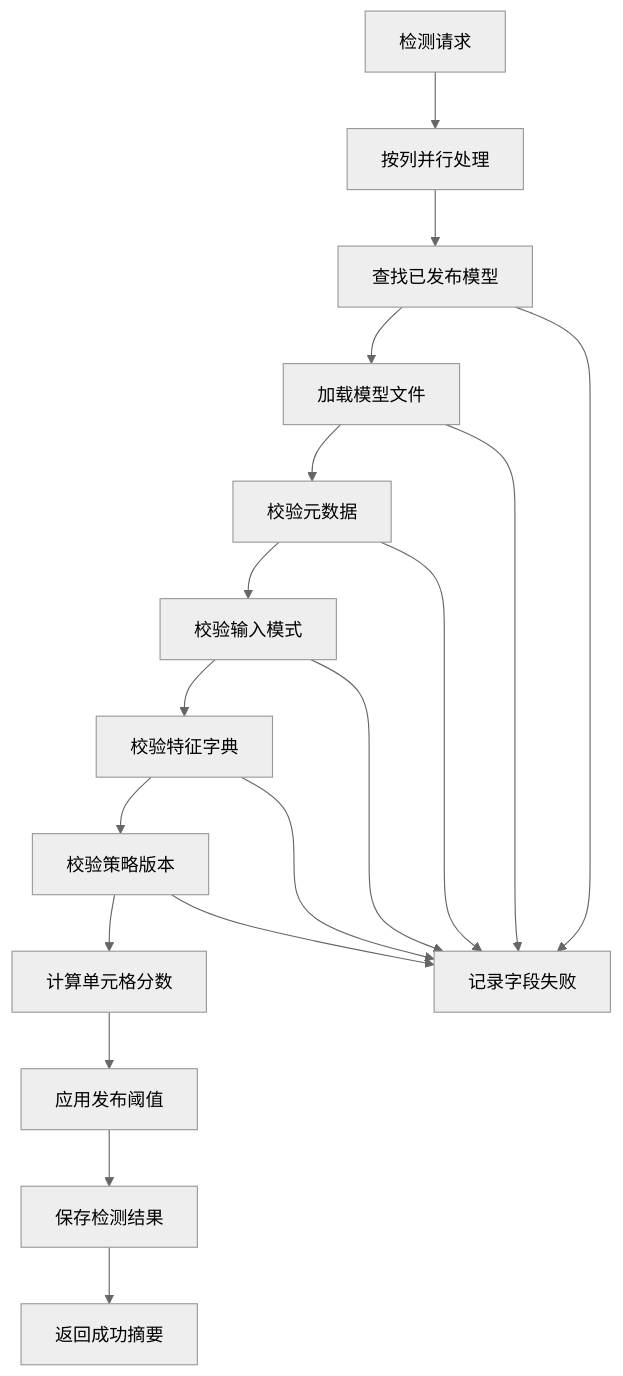
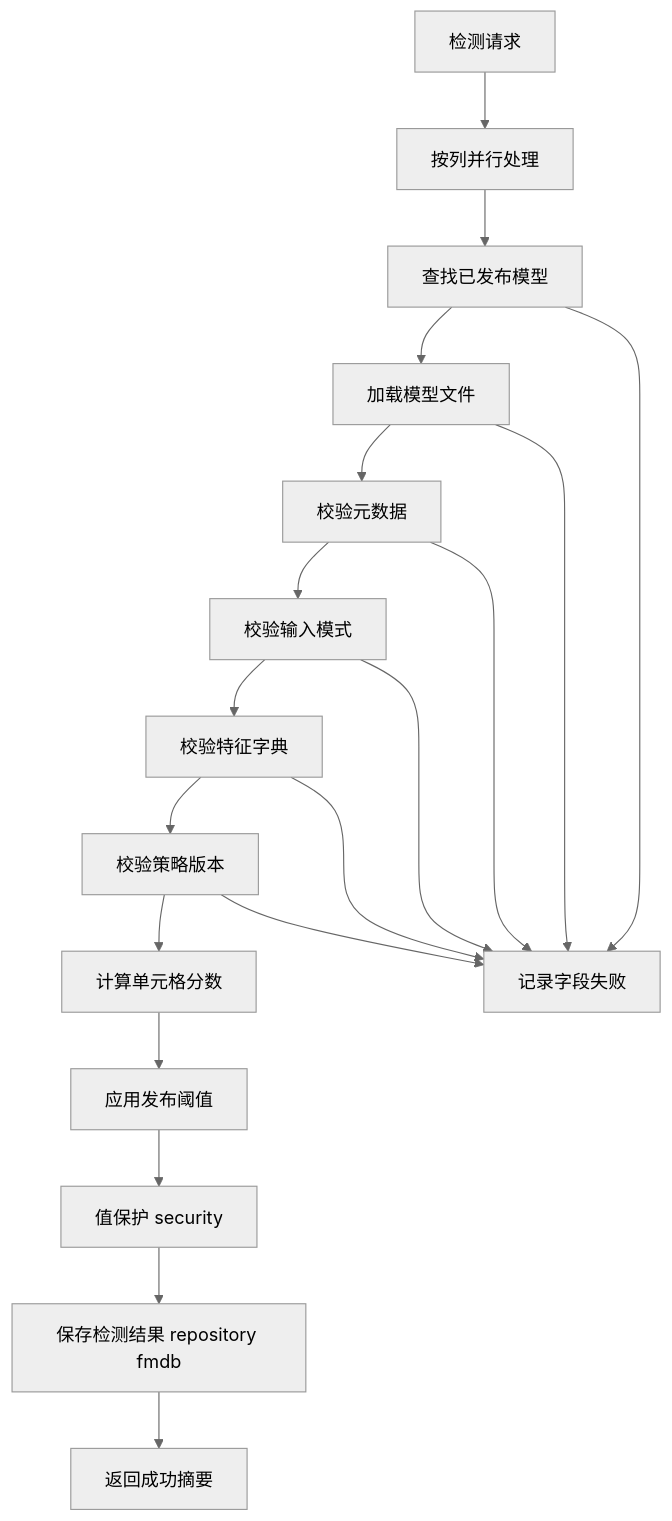
Before and after one commit to 18963603561/fmdb_udf_raha: diagram 11 of 13 in doc/20260715/Raha工程-源码完整分析-202607150943.md, drawn with Mermaid (neutral theme). The commit also changed other lines of this file and 16 other files, not shown here.

````diff
--- a/doc/20260715/Raha工程-源码完整分析-202607150943.md
+++ b/doc/20260715/Raha工程-源码完整分析-202607150943.md
@@ -653,20 +840,21 @@
 ```mermaid
 graph TD;
 n01[检测请求] --> n02[按列并行处理];
 n02 --> n03[查找已发布模型];
 n03 --> n04[加载模型文件];
 n04 --> n05[校验元数据];
 n05 --> n06[校验输入模式];
 n06 --> n07[校验特征字典];
 n07 --> n08[校验策略版本];
 n08 --> n09[计算单元格分数];
 n09 --> n10[应用发布阈值];
-n10 --> n11[保存检测结果];
-n11 --> n12[返回成功摘要];
-n03 --> n13[记录字段失败];
-n04 --> n13;
-n05 --> n13;
-n06 --> n13;
-n07 --> n13;
-n08 --> n13;
+n10 --> n11[值保护 security];
+n11 --> n12[保存检测结果 repository fmdb];
+n12 --> n13[返回成功摘要];
+n03 --> n14[记录字段失败];
+n04 --> n14;
+n05 --> n14;
+n06 --> n14;
+n07 --> n14;
+n08 --> n14;
 ```
````
